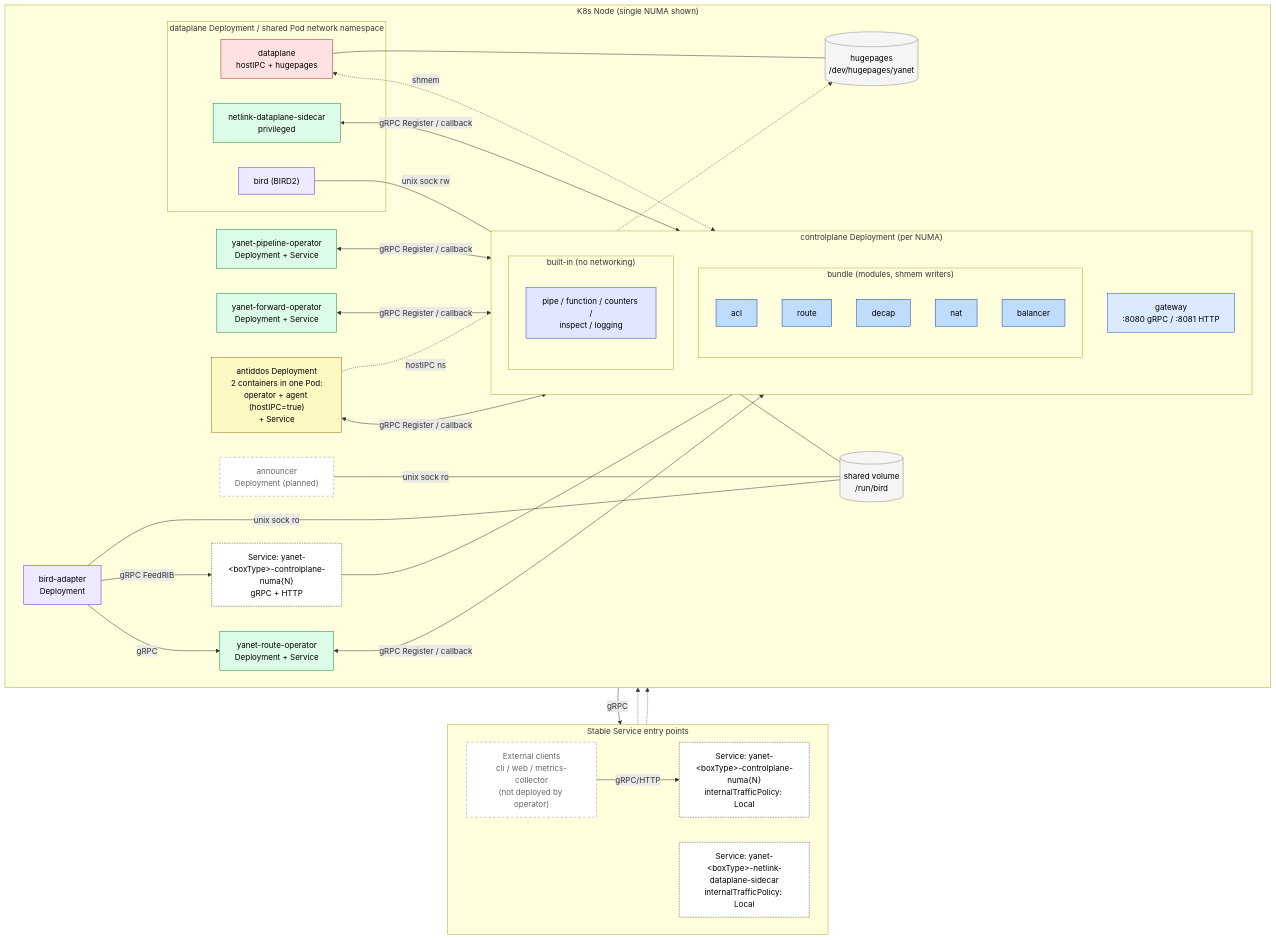
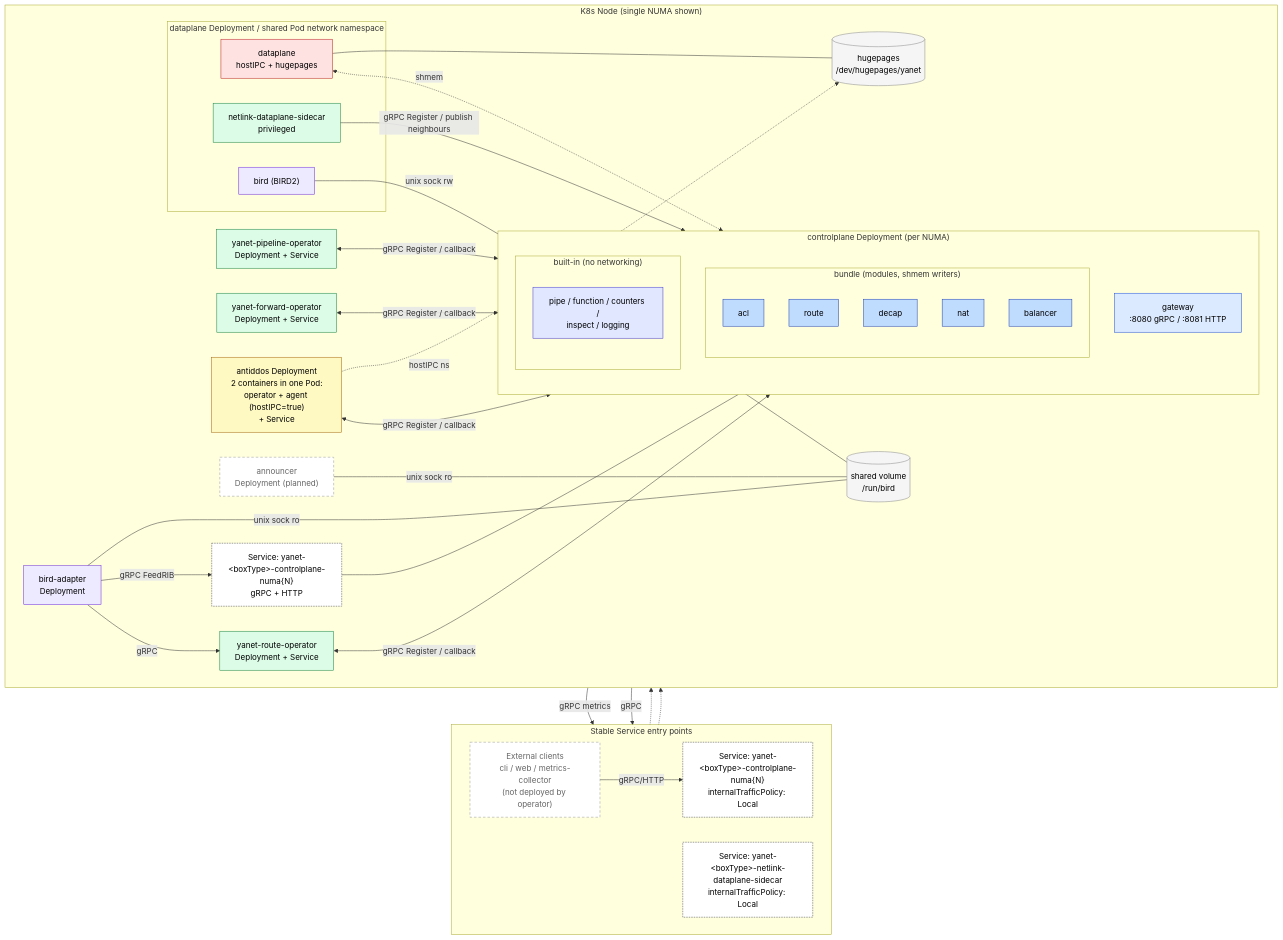
Before and after one commit to yanet-platform/yanet-operator: the diagram in YANET2_ARCH.md, drawn with Mermaid. The commit also changed other lines of this file and 31 other files, not shown here.

```diff
--- a/YANET2_ARCH.md
+++ b/YANET2_ARCH.md
@@ -186,7 +198,8 @@
     DP <-. shmem .-> BUNDLE
     DP --- HUGE
     SVCNL -.-> NL
-    NL <-->|gRPC Register / callback| GW
+    NL -->|gRPC Register / publish neighbours| GW
+    GW -->|gRPC metrics| SVCNL
 
     %% Operators register with gateway and serve callbacks
     OP_PIPE  <-->|gRPC Register / callback| GW
```
